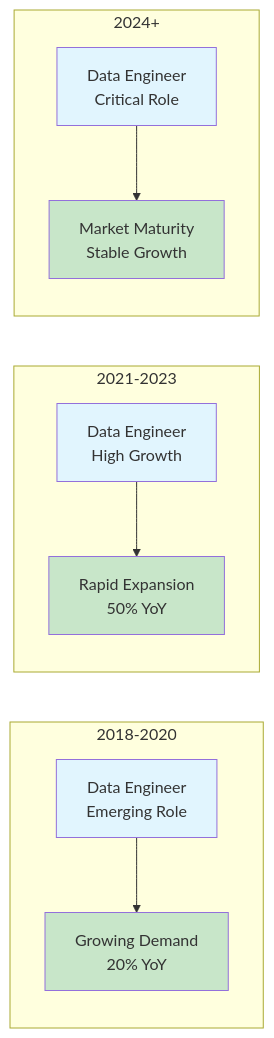
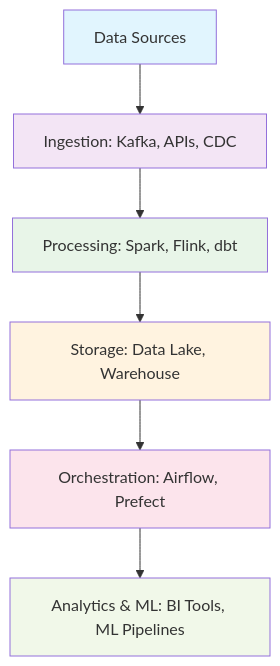
Before and after one commit to khaosans/articles: the second of 2 diagrams in data_engineer_enterprise.md, drawn with Mermaid. The commit also changed other lines of this file and 3 other files, not shown here.

First line of the commit message:
docs: enhance all diagrams, captions, and professionalism in role guides

````diff
--- a/data_engineer_enterprise.md
+++ b/data_engineer_enterprise.md
@@ -76,21 +75,14 @@
 ```mermaid
-flowchart LR
-    subgraph "2018-2020"
-        A1[Data Engineer<br/>Emerging Role] --> B1[Growing Demand<br/>20% YoY]
-    end
-    
-    subgraph "2021-2023"
-        A2[Data Engineer<br/>High Growth] --> B2[Rapid Expansion<br/>50% YoY]
-    end
-    
-    subgraph "2024+"
-        A3[Data Engineer<br/>Critical Role] --> B3[Market Maturity<br/>Stable Growth]
-    end
-    
-    style A1 fill:#e1f5fe
-    style B1 fill:#c8e6c9
-    style A2 fill:#e1f5fe
-    style B2 fill:#c8e6c9
-    style A3 fill:#e1f5fe
-    style B3 fill:#c8e6c9
+flowchart TD
+    A[Data Sources] --> B[Ingestion: Kafka, APIs, CDC]
+    B --> C[Processing: Spark, Flink, dbt]
+    C --> D[Storage: Data Lake, Warehouse]
+    D --> E[Orchestration: Airflow, Prefect]
+    E --> F[Analytics & ML: BI Tools, ML Pipelines]
+    style A fill:#e1f5fe
+    style B fill:#f3e5f5
+    style C fill:#e8f5e8
+    style D fill:#fff3e0
+    style E fill:#fce4ec
+    style F fill:#f1f8e9
 ```
````
